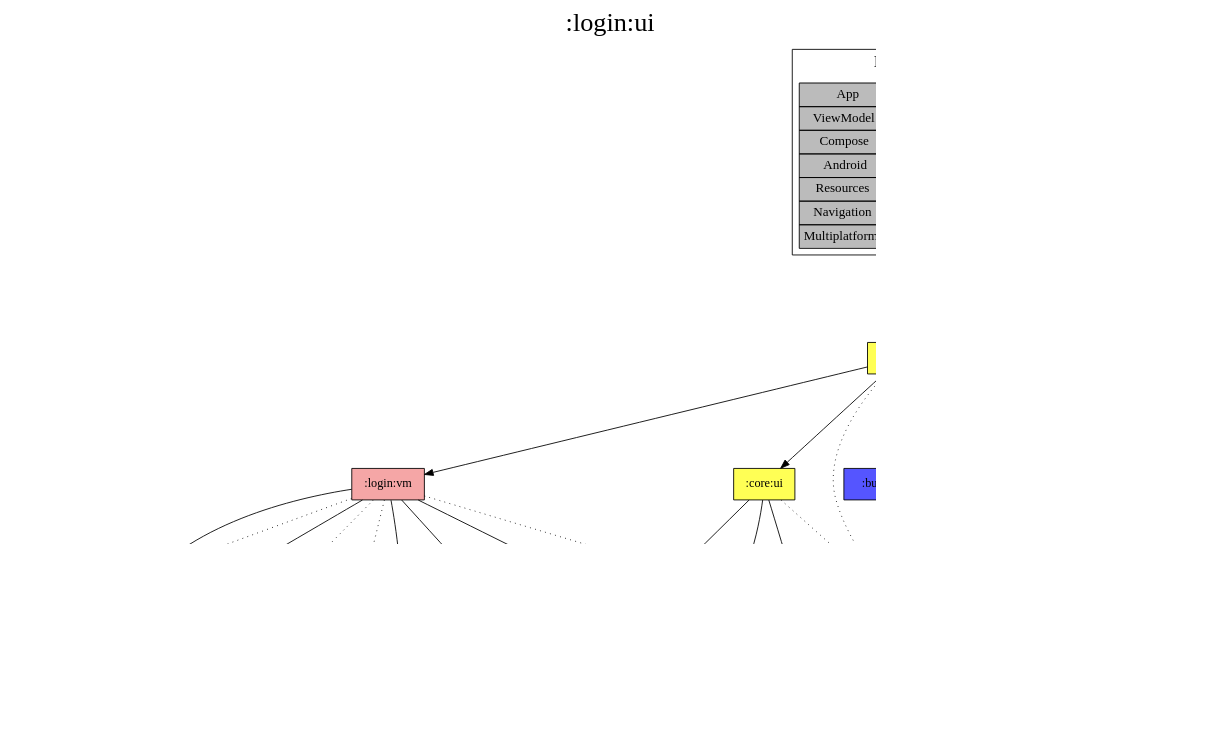
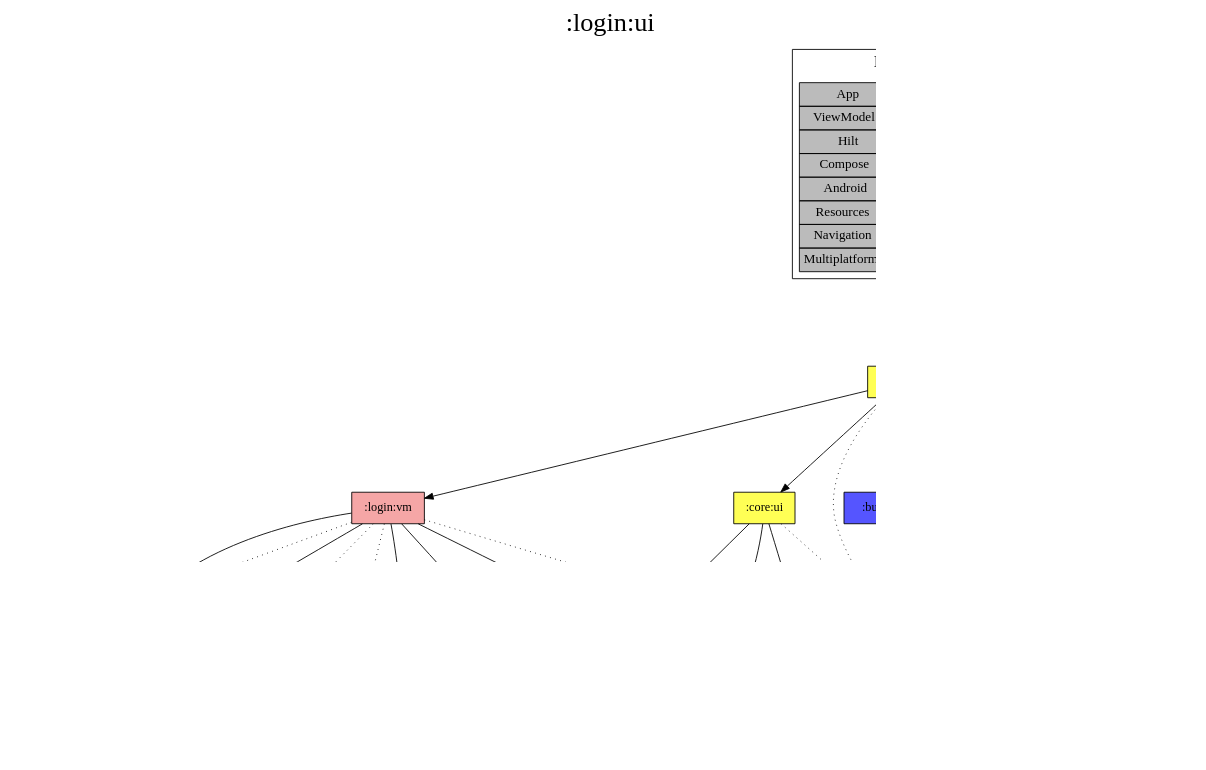
One commit to jonapoul/aktual changed the diagram in modules/login/ui/project-dependency-graph.dot. Above: the diagram before and after it, drawn with Graphviz. The commit also changed 113 other files, not shown here.

```diff
--- a/modules/login/ui/project-dependency-graph.dot
+++ b/modules/login/ui/project-dependency-graph.dot
@@ -1,67 +1,68 @@
 digraph {
 edge ["dir"="forward"]
 graph ["dpi"="100","label"=":login:ui","labelloc"="t","fontsize"="30","ranksep"="1.5","rankdir"="TB"]
 node ["style"="filled"]
 ":login:ui" ["fillcolor"="#FFFF55","shape"="box"]
 ":core:ui" ["fillcolor"="#FFFF55","shape"="box"]
 ":core:colorscheme" ["fillcolor"="#9D8DF1","shape"="box"]
 ":core:versions" ["fillcolor"="#9D8DF1","shape"="box"]
 ":core:buildconfig" ["fillcolor"="#9D8DF1","shape"="box"]
 ":url:model" ["fillcolor"="#9D8DF1","shape"="box"]
 ":core:res" ["fillcolor"="#00FFFF","shape"="box"]
 ":login:vm" ["fillcolor"="#F5A6A6","shape"="box"]
 ":core:coroutines" ["fillcolor"="#9D8DF1","shape"="box"]
 ":core:log" ["fillcolor"="#9D8DF1","shape"="box"]
 ":login:model" ["fillcolor"="#9D8DF1","shape"="box"]
 ":api:actual" ["fillcolor"="#9D8DF1","shape"="box"]
 ":login:prefs" ["fillcolor"="#9D8DF1","shape"="box"]
 ":url:prefs" ["fillcolor"="#9D8DF1","shape"="box"]
 ":budget:list:nav" ["fillcolor"="#5555FF","shape"="box"]
 ":login:nav" ["fillcolor"="#5555FF","shape"="box"]
 ":login:res" ["fillcolor"="#00FFFF","shape"="box"]
 ":url:nav" ["fillcolor"="#5555FF","shape"="box"]
 {
 edge ["dir"="none"]
 graph ["rank"="same"]
 }
 ":login:ui" -> ":core:ui"
 ":login:ui" -> ":login:vm"
 ":login:ui" -> ":budget:list:nav" ["style"="dotted"]
 ":login:ui" -> ":core:res" ["style"="dotted"]
 ":login:ui" -> ":login:nav" ["style"="dotted"]
 ":login:ui" -> ":login:res" ["style"="dotted"]
 ":login:ui" -> ":url:nav" ["style"="dotted"]
 ":core:ui" -> ":core:colorscheme"
 ":core:ui" -> ":core:versions"
 ":core:ui" -> ":url:model"
 ":core:ui" -> ":core:res" ["style"="dotted"]
 ":core:versions" -> ":core:buildconfig"
 ":login:vm" -> ":core:colorscheme"
 ":login:vm" -> ":core:coroutines"
 ":login:vm" -> ":core:log"
 ":login:vm" -> ":login:model"
 ":login:vm" -> ":url:model"
 ":login:vm" -> ":api:actual" ["style"="dotted"]
 ":login:vm" -> ":core:versions" ["style"="dotted"]
 ":login:vm" -> ":login:prefs" ["style"="dotted"]
 ":login:vm" -> ":url:prefs" ["style"="dotted"]
 ":api:actual" -> ":login:model"
 ":api:actual" -> ":url:model"
 ":login:prefs" -> ":login:model"
 ":url:prefs" -> ":url:model"
 subgraph "cluster_legend" {
 edge ["dir"="none"]
 graph ["label"="Legend","fontsize"="20"]
 "Legend" ["style"="filled","fillcolor"="#bbbbbb","shape"="none","margin"="0","fontsize"="15","label"=<
 <TABLE BORDER="0" CELLBORDER="1" CELLSPACING="0" CELLPADDING="4">
 <TR><TD>App</TD><TD BGCOLOR="#FF5555">module-name</TD></TR>
 <TR><TD>ViewModel</TD><TD BGCOLOR="#F5A6A6">module-name</TD></TR>
+<TR><TD>Hilt</TD><TD BGCOLOR="#FCB103">module-name</TD></TR>
 <TR><TD>Compose</TD><TD BGCOLOR="#FFFF55">module-name</TD></TR>
 <TR><TD>Android</TD><TD BGCOLOR="#55FF55">module-name</TD></TR>
 <TR><TD>Resources</TD><TD BGCOLOR="#00FFFF">module-name</TD></TR>
 <TR><TD>Navigation</TD><TD BGCOLOR="#5555FF">module-name</TD></TR>
 <TR><TD>Multiplatform</TD><TD BGCOLOR="#9D8DF1">module-name</TD></TR>
 </TABLE>
 >]
 } -> ":login:ui" ["style"="invis"]
 }
```
